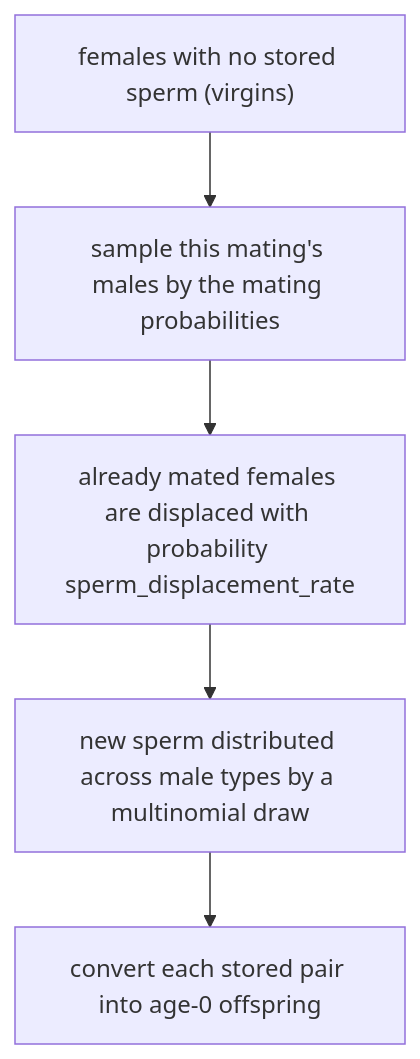
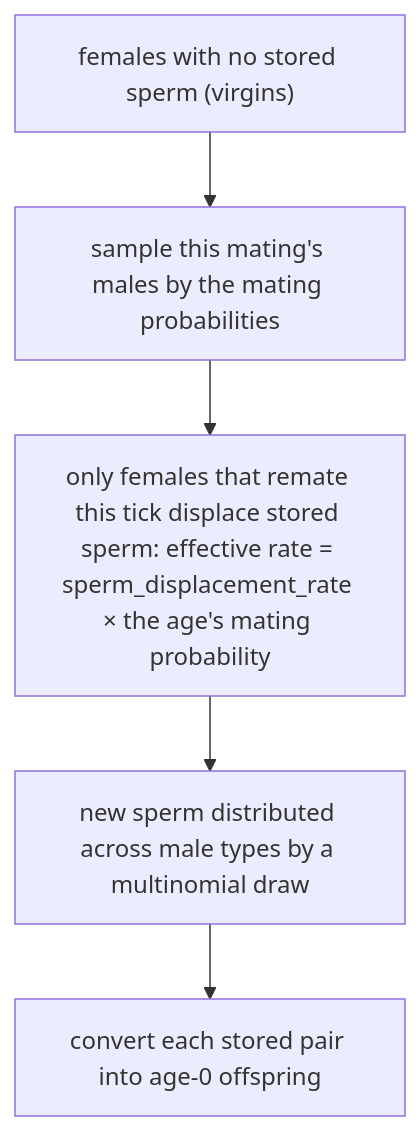
Before and after one commit to jyzhu-pointless/natal-core: the diagram in docs/en/developer/age_structure.md, drawn with Mermaid. The commit also changed 144 other files, not shown here.

````diff
--- a/docs/en/developer/age_structure.md
+++ b/docs/en/developer/age_structure.md
@@ -28,7 +28,7 @@
 ```mermaid
 flowchart TD
     V["females with no stored sperm (virgins)"] --> M["sample this mating's males by the mating probabilities"]
-    M --> D["already mated females are displaced with probability sperm_displacement_rate"]
+    M --> D["only females that remate this tick displace stored sperm: effective rate = sperm_displacement_rate × the age's mating probability"]
     D --> S["new sperm distributed across male types by a multinomial draw"]
     S --> F["convert each stored pair into age-0 offspring"]
 ```
````
